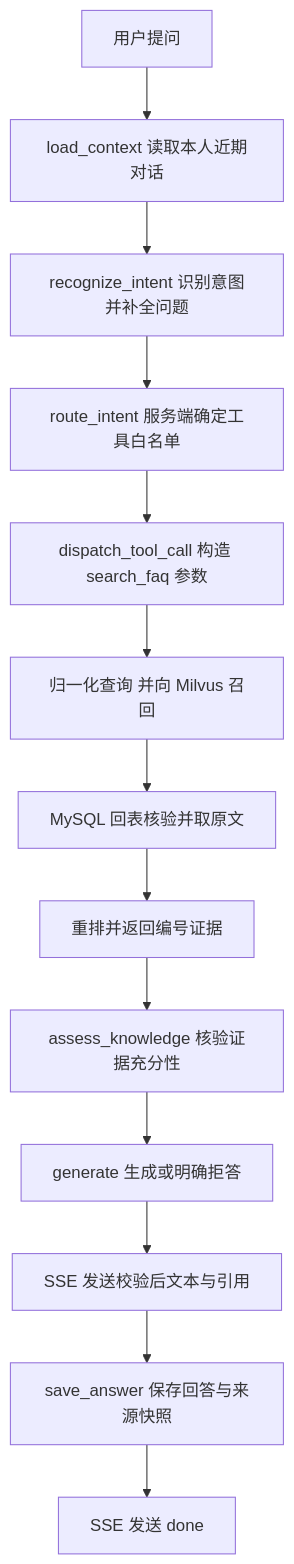
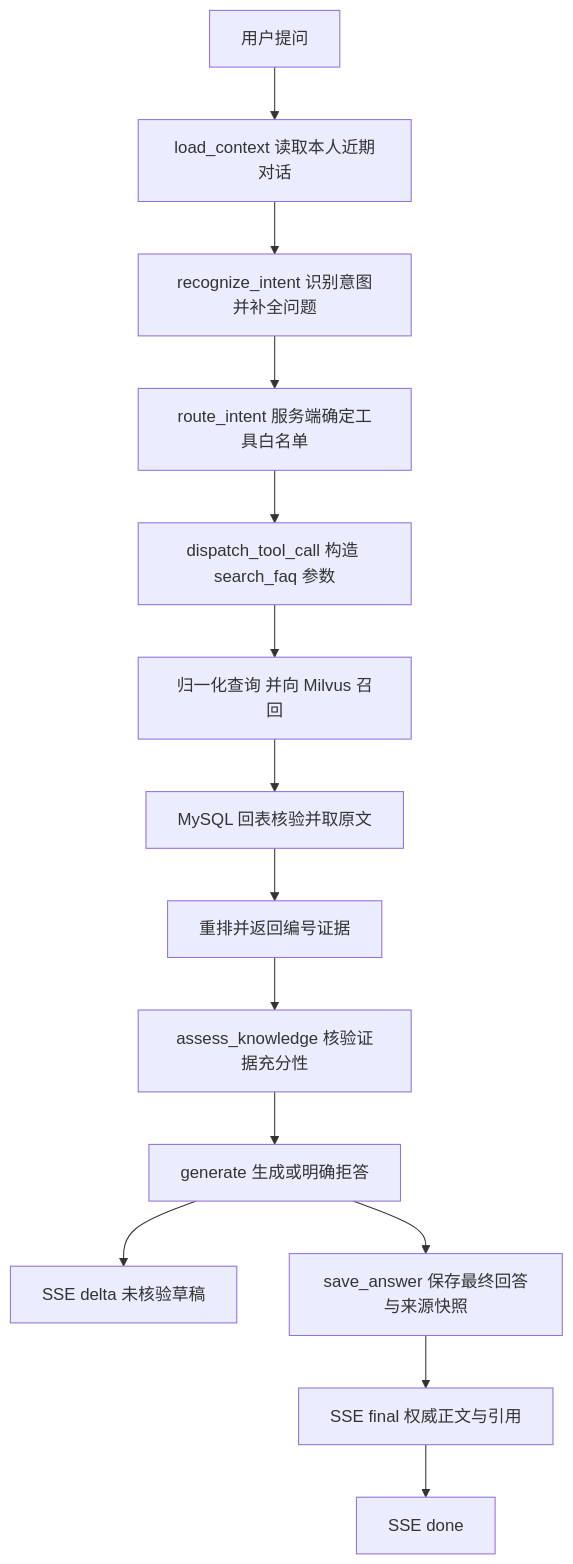
One commit to Tindalos-ik/Aiden changed the third of 4 diagrams in docs/RAG.md. Above: the diagram before and after it, drawn with Mermaid. The commit also changed other lines of this file and 13 other files, not shown here.

````diff
--- a/docs/RAG.md
+++ b/docs/RAG.md
@@ -519,15 +539,16 @@
 ```mermaid
 graph TD
     user["用户提问"] --> load["load_context 读取本人近期对话"]
     load --> intent["recognize_intent 识别意图并补全问题"]
     intent --> route["route_intent 服务端确定工具白名单"]
     route --> dispatch["dispatch_tool_call 构造 search_faq 参数"]
     dispatch --> retrieve["归一化查询 并向 Milvus 召回"]
     retrieve --> mysql["MySQL 回表核验并取原文"]
     mysql --> rerank["重排并返回编号证据"]
     rerank --> assess["assess_knowledge 核验证据充分性"]
     assess --> generate["generate 生成或明确拒答"]
-    generate --> sse["SSE 发送校验后文本与引用"]
-    sse --> save["save_answer 保存回答与来源快照"]
-    save --> done["SSE 发送 done"]
+    generate --> draft["SSE delta 未核验草稿"]
+    generate --> save["save_answer 保存最终回答与来源快照"]
+    save --> final["SSE final 权威正文与引用"]
+    final --> done["SSE done"]
 ```
````
